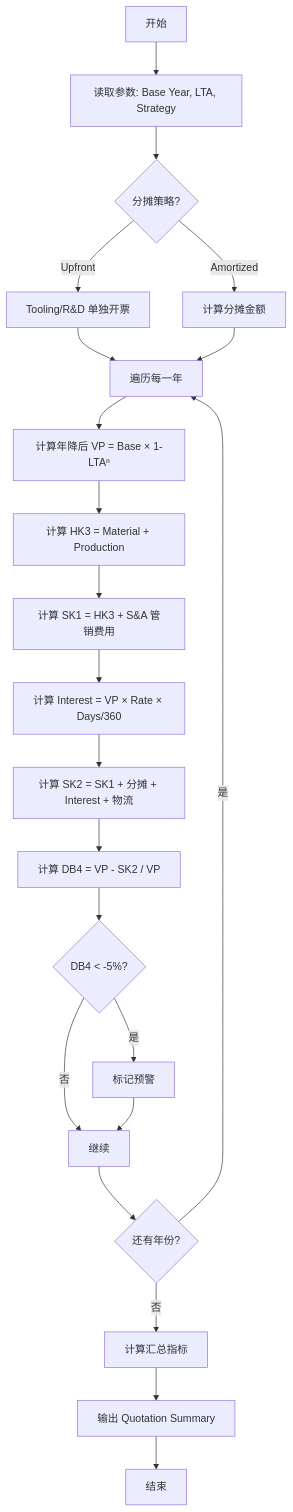
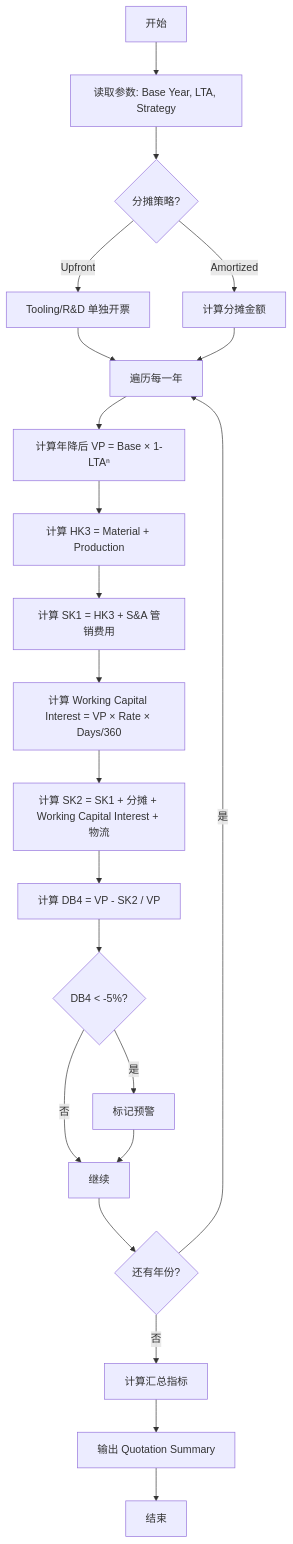
One commit to randyluo85/Quoting-Copilot changed the diagram in docs/QUOTATION_SUMMARY_LOGIC.md. Above: the diagram before and after it, drawn with Mermaid.

Commit message:
auto: claude changes

````diff
--- a/docs/QUOTATION_SUMMARY_LOGIC.md
+++ b/docs/QUOTATION_SUMMARY_LOGIC.md
@@ -226,24 +226,24 @@
 ```mermaid
 flowchart TD
     A[开始] --> B[读取参数: Base Year, LTA, Strategy]
     B --> C{分摊策略?}
     C -->|Upfront| D[Tooling/R&D 单独开票]
     C -->|Amortized| E[计算分摊金额]
     D --> F[遍历每一年]
     E --> F
     F --> G[计算年降后 VP = Base × 1-LTAⁿ]
     G --> H[计算 HK3 = Material + Production]
     H --> I[计算 SK1 = HK3 + S&A 管销费用]
-    I --> J[计算 Interest = VP × Rate × Days/360]
-    J --> K[计算 SK2 = SK1 + 分摊 + Interest + 物流]
+    I --> J[计算 Working Capital Interest = VP × Rate × Days/360]
+    J --> K[计算 SK2 = SK1 + 分摊 + Working Capital Interest + 物流]
     K --> L[计算 DB4 = VP - SK2 / VP]
     L --> M{DB4 < -5%?}
     M -->|是| N[标记预警]
     M -->|否| O[继续]
     N --> O
     O --> P{还有年份?}
     P -->|是| F
     P -->|否| Q[计算汇总指标]
     Q --> R[输出 Quotation Summary]
     R --> S[结束]
 ```
````
